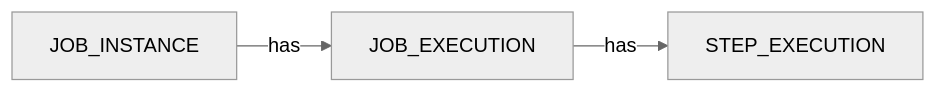
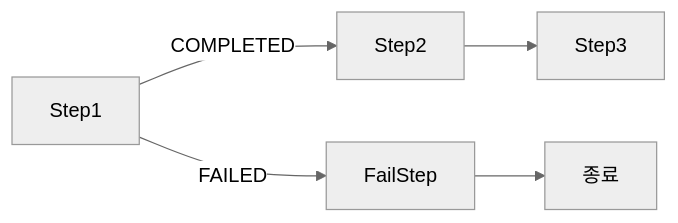
The third of 8 diagrams in _posts/spring/2026-05-02-spring-batch-deep.md (yjkim2015/yjkim2015.github.io), drawn with Mermaid (neutral theme) before and after one commit. The commit also changed other lines of this file and 4 other files, not shown here.

````diff
--- a/_posts/spring/2026-05-02-spring-batch-deep.md
+++ b/_posts/spring/2026-05-02-spring-batch-deep.md
@@ -30,5 +172,7 @@
 ```mermaid
 graph LR
-    A[JOB_INSTANCE] -->|has| B[JOB_EXECUTION]
-    B -->|has| C[STEP_EXECUTION]
+    S1[Step1] -->|COMPLETED| S2[Step2]
+    S1 -->|FAILED| SF[FailStep]
+    S2 --> S3[Step3]
+    SF --> END[종료]
 ```
````
